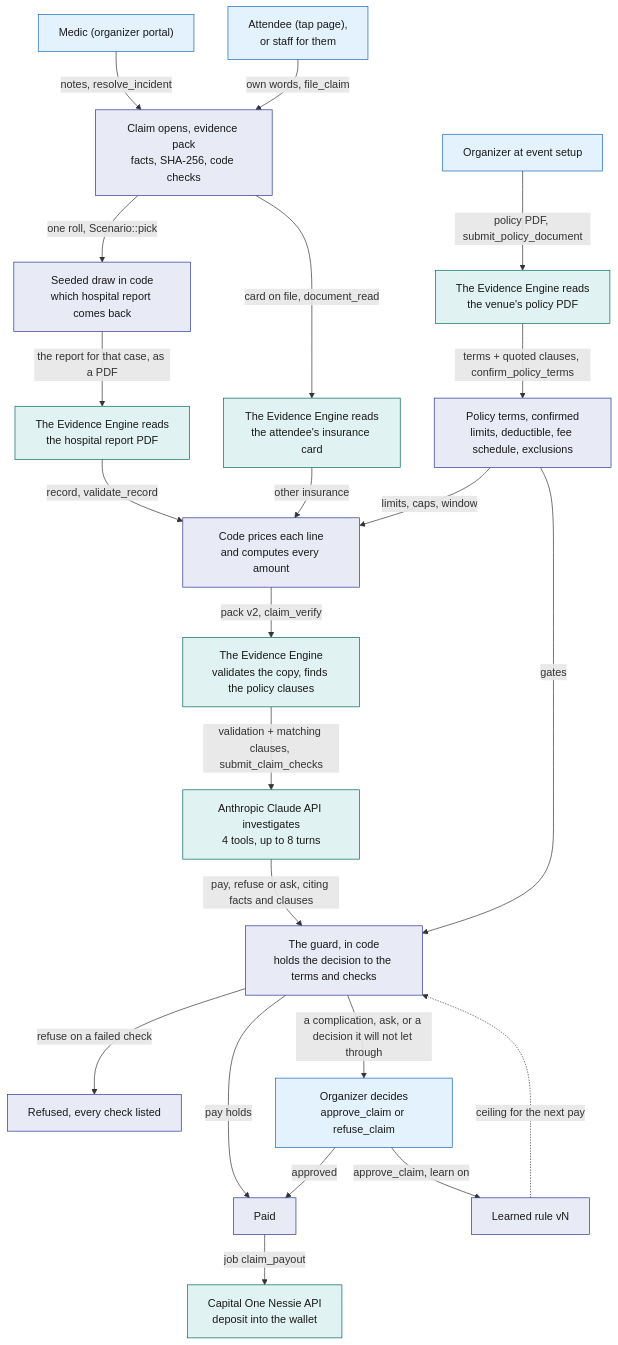
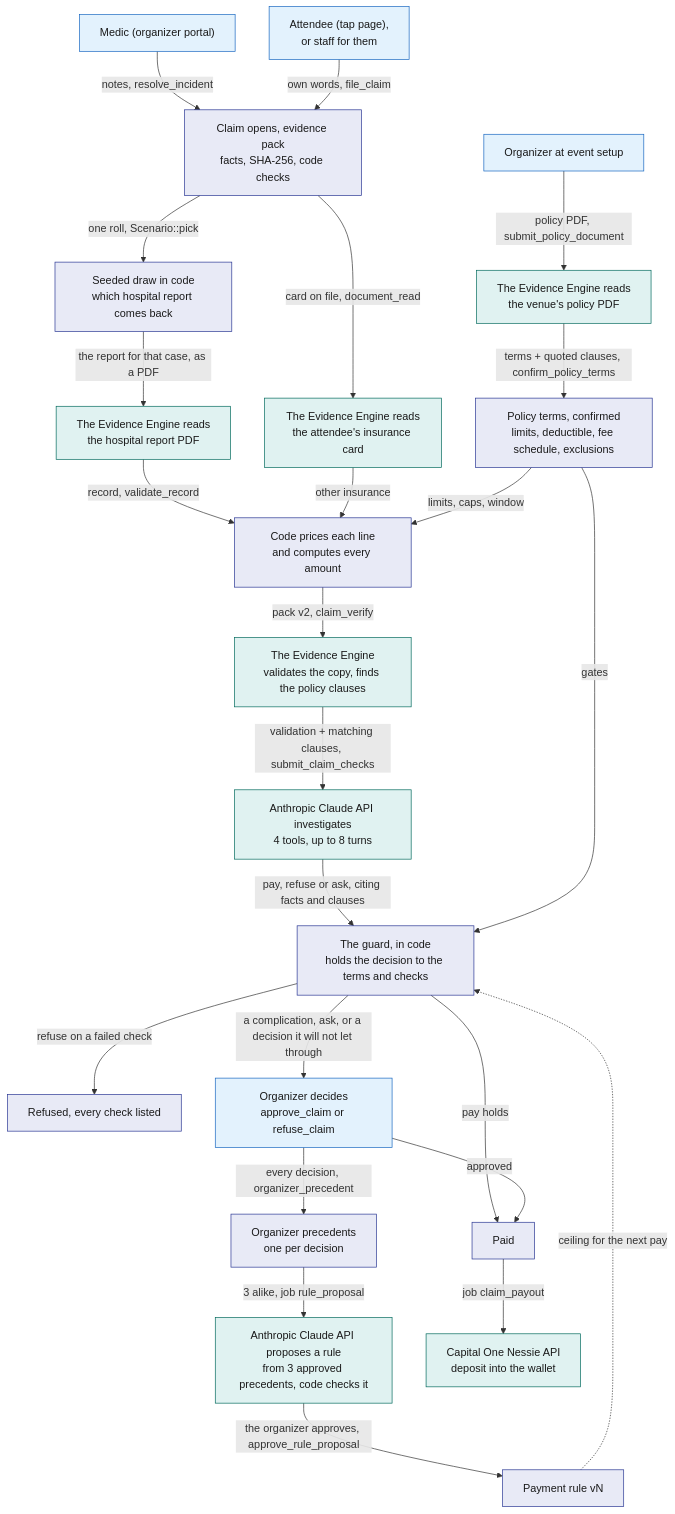
One commit to viktorinkov/cal-hacks-13 changed the first of 6 diagrams in System Design/6-features/Insurance.md. Above: the diagram before and after it, drawn with Mermaid. The commit also changed other lines of this file and 14 other files, not shown here.

Commit message:
Claude proposes payment rules from organizer precedents

````diff
--- a/System Design/6-features/Insurance.md
+++ b/System Design/6-features/Insurance.md
@@ -19,47 +19,51 @@
 ```mermaid
 flowchart TB
   classDef stdb fill:#E8EAF6,stroke:#283593,color:#1A1A1A
   classDef web fill:#E3F2FD,stroke:#1565C0,color:#1A1A1A
   classDef ext fill:#E0F2F1,stroke:#00695C,color:#1A1A1A
 
   Org0["Organizer at event setup"]:::web
   VP["The Evidence Engine reads<br/>the venue's policy PDF"]:::ext
   Terms["Policy terms, confirmed<br/>limits, deductible, fee schedule, exclusions"]:::stdb
   Medic["Medic (organizer portal)"]:::web
   Att["Attendee (tap page),<br/>or staff for them"]:::web
   Open["Claim opens, evidence pack<br/>facts, SHA-256, code checks"]:::stdb
   Draw["Seeded draw in code<br/>which hospital report comes back"]:::stdb
   HR["The Evidence Engine reads<br/>the hospital report PDF"]:::ext
   Card["The Evidence Engine reads<br/>the attendee's insurance card"]:::ext
   Price["Code prices each line<br/>and computes every amount"]:::stdb
   EE["The Evidence Engine<br/>validates the copy, finds the policy clauses"]:::ext
   Claude["Anthropic Claude API investigates<br/>4 tools, up to 8 turns"]:::ext
   Guard["The guard, in code<br/>holds the decision to the terms and checks"]:::stdb
   Paid["Paid"]:::stdb
   Ref["Refused, every check listed"]:::stdb
   Org["Organizer decides<br/>approve_claim or refuse_claim"]:::web
-  Rule["Learned rule vN"]:::stdb
+  Prec["Organizer precedents<br/>one per decision"]:::stdb
+  Prop["Anthropic Claude API proposes a rule<br/>from 3 approved precedents, code checks it"]:::ext
+  Rule["Payment rule vN"]:::stdb
   Pay["Capital One Nessie API<br/>deposit into the wallet"]:::ext
 
   Org0 -->|"policy PDF, submit_policy_document"| VP
   VP -->|"terms + quoted clauses, confirm_policy_terms"| Terms
   Medic -->|"notes, resolve_incident"| Open
   Att -->|"own words, file_claim"| Open
   Open -->|"one roll, Scenario::pick"| Draw
   Draw -->|"the report for that case, as a PDF"| HR
   Open -->|"card on file, document_read"| Card
   HR -->|"record, validate_record"| Price
   Card -->|"other insurance"| Price
   Terms -->|"limits, caps, window"| Price
   Price -->|"pack v2, claim_verify"| EE
   EE -->|"validation + matching clauses, submit_claim_checks"| Claude
   Claude -->|"pay, refuse or ask, citing facts and clauses"| Guard
   Terms -->|"gates"| Guard
   Guard -->|"pay holds"| Paid
   Guard -->|"refuse on a failed check"| Ref
   Guard -->|"a complication, ask, or a decision it will not let through"| Org
-  Org -->|"approve_claim, learn on"| Rule
+  Org -->|"every decision, organizer_precedent"| Prec
+  Prec -->|"3 alike, job rule_proposal"| Prop
+  Prop -->|"the organizer approves, approve_rule_proposal"| Rule
   Rule -.->|"ceiling for the next pay"| Guard
   Org -->|"approved"| Paid
   Paid -->|"job claim_payout"| Pay
 ```
````
